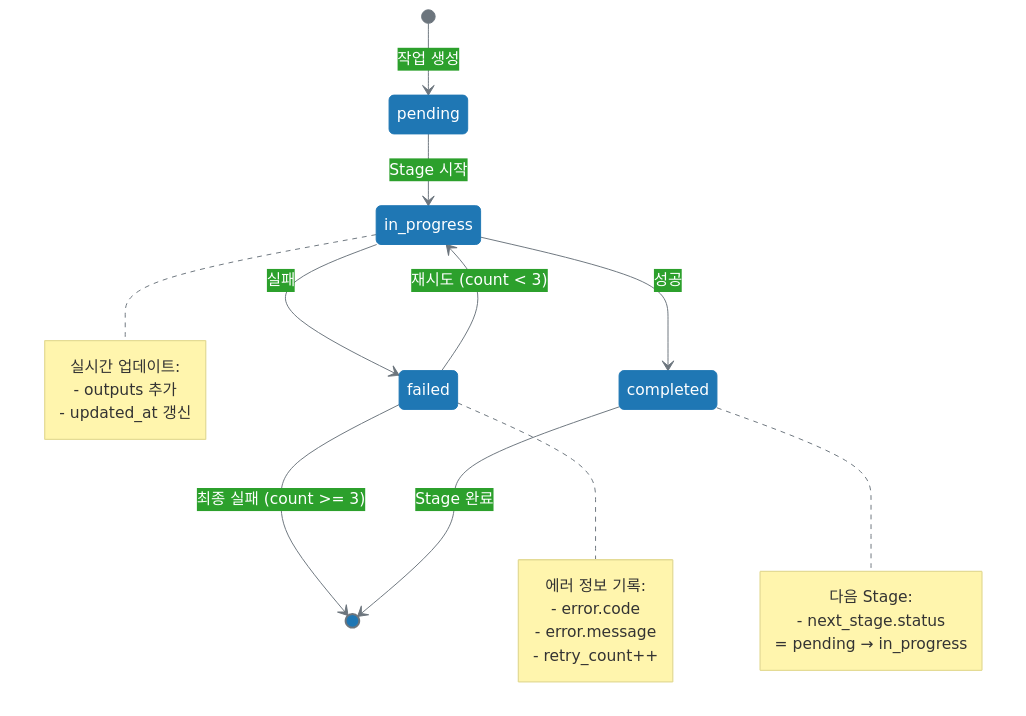
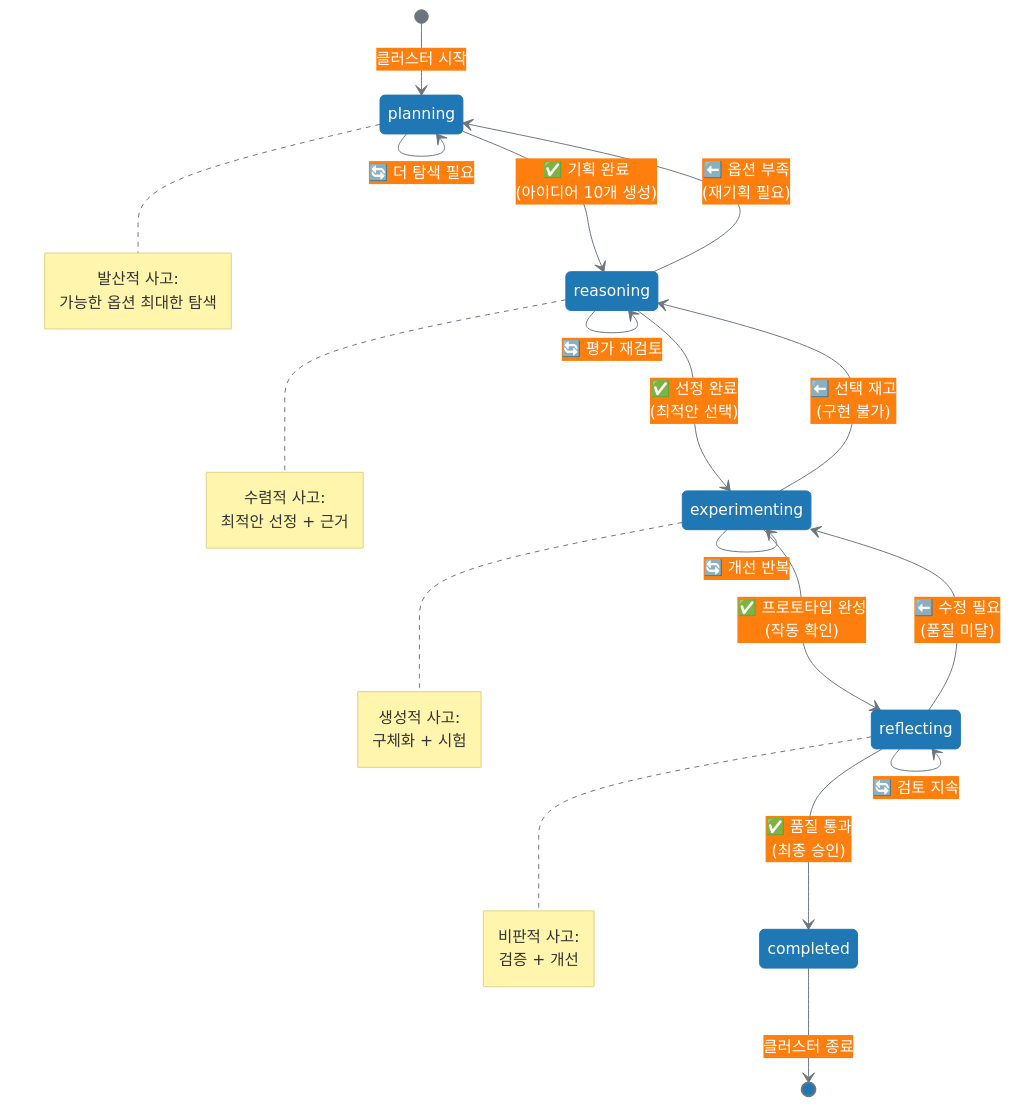
The diagram in book/vol-2-part-4-chapter-13-03.md (wooxist/ai-instructions), drawn with Mermaid before and after one commit. The commit also changed other lines of this file and 2 other files, not shown here.

Commit message:
Refactor code structure for improved readability and maintainability

````diff
--- a/book/vol-2-part-4-chapter-13-03.md
+++ b/book/vol-2-part-4-chapter-13-03.md
@@ -316,45 +437,53 @@
 ```mermaid
 %%{init: {
   'theme': 'base',
   'themeVariables': {
     'primaryColor': '#1f77b4',
     'primaryTextColor': '#ffffff',
     'primaryBorderColor': '#1f77b4',
     'lineColor': '#6c757d',
     'background': 'transparent',
-    'secondaryColor': '#2ca02c',
-    'tertiaryColor': '#dc3545'
+    'secondaryColor': '#ff7f0e',
+    'tertiaryColor': '#2ca02c'
   }
 }}%%
 stateDiagram-v2
-    [*] --> pending: 작업 생성
+    [*] --> planning: 클러스터 시작
     
-    pending --> in_progress: Stage 시작
+    planning --> reasoning: ✅ 기획 완료<br/>(아이디어 10개 생성)
+    planning --> planning: 🔄 더 탐색 필요
     
-    in_progress --> completed: 성공
-    in_progress --> failed: 실패
+    reasoning --> experimenting: ✅ 선정 완료<br/>(최적안 선택)
+    reasoning --> planning: ⬅️ 옵션 부족<br/>(재기획 필요)
+    reasoning --> reasoning: 🔄 평가 재검토
     
-    failed --> in_progress: 재시도 (count < 3)
-    failed --> [*]: 최종 실패 (count >= 3)
+    experimenting --> reflecting: ✅ 프로토타입 완성<br/>(작동 확인)
+    experimenting --> reasoning: ⬅️ 선택 재고<br/>(구현 불가)
+    experimenting --> experimenting: 🔄 개선 반복
     
-    completed --> [*]: Stage 완료
+    reflecting --> completed: ✅ 품질 통과<br/>(최종 승인)
+    reflecting --> experimenting: ⬅️ 수정 필요<br/>(품질 미달)
+    reflecting --> reflecting: 🔄 검토 지속
     
-    note right of in_progress
-        실시간 업데이트:
-        - outputs 추가
-        - updated_at 갱신
+    completed --> [*]: 클러스터 종료
+    
+    note right of planning
+        발산적 사고:
+        가능한 옵션 최대한 탐색
     end note
     
-    note right of failed
-        에러 정보 기록:
-        - error.code
-        - error.message
-        - retry_count++
+    note right of reasoning
+        수렴적 사고:
+        최적안 선정 + 근거
     end note
     
-    note right of completed
-        다음 Stage:
-        - next_stage.status
-          = pending → in_progress
+    note right of experimenting
+        생성적 사고:
+        구체화 + 시험
+    end note
+    
+    note right of reflecting
+        비판적 사고:
+        검증 + 개선
     end note
 ```
````
